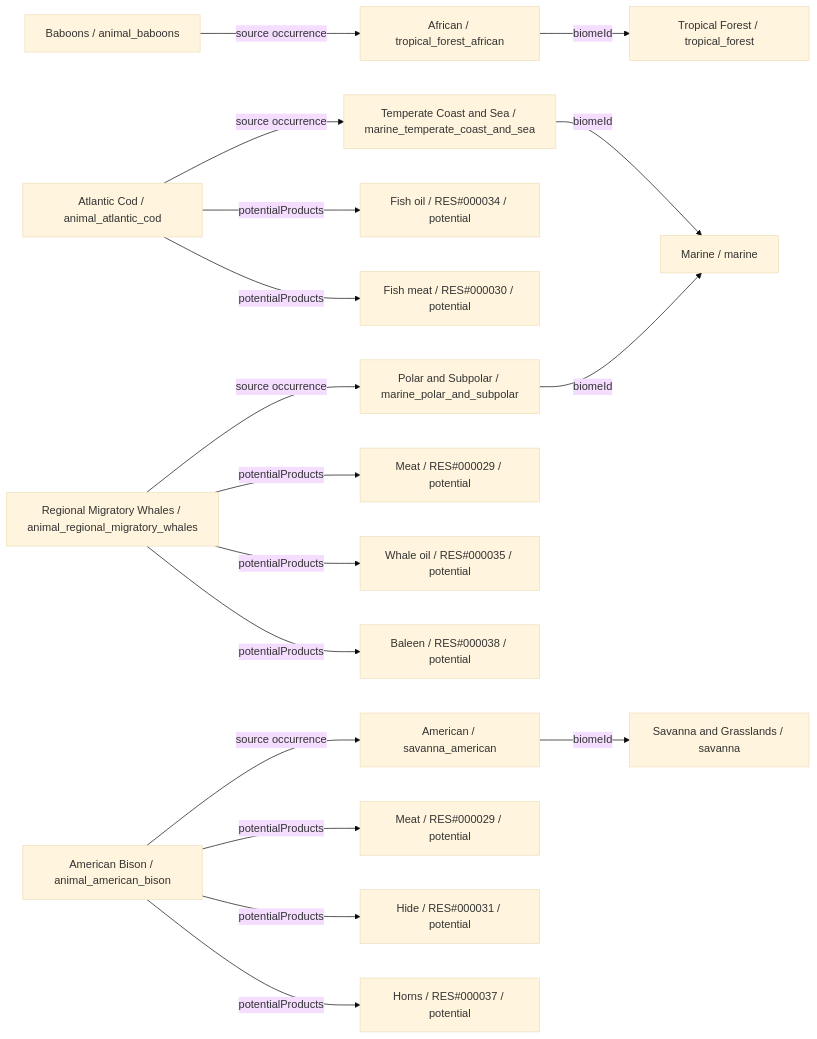
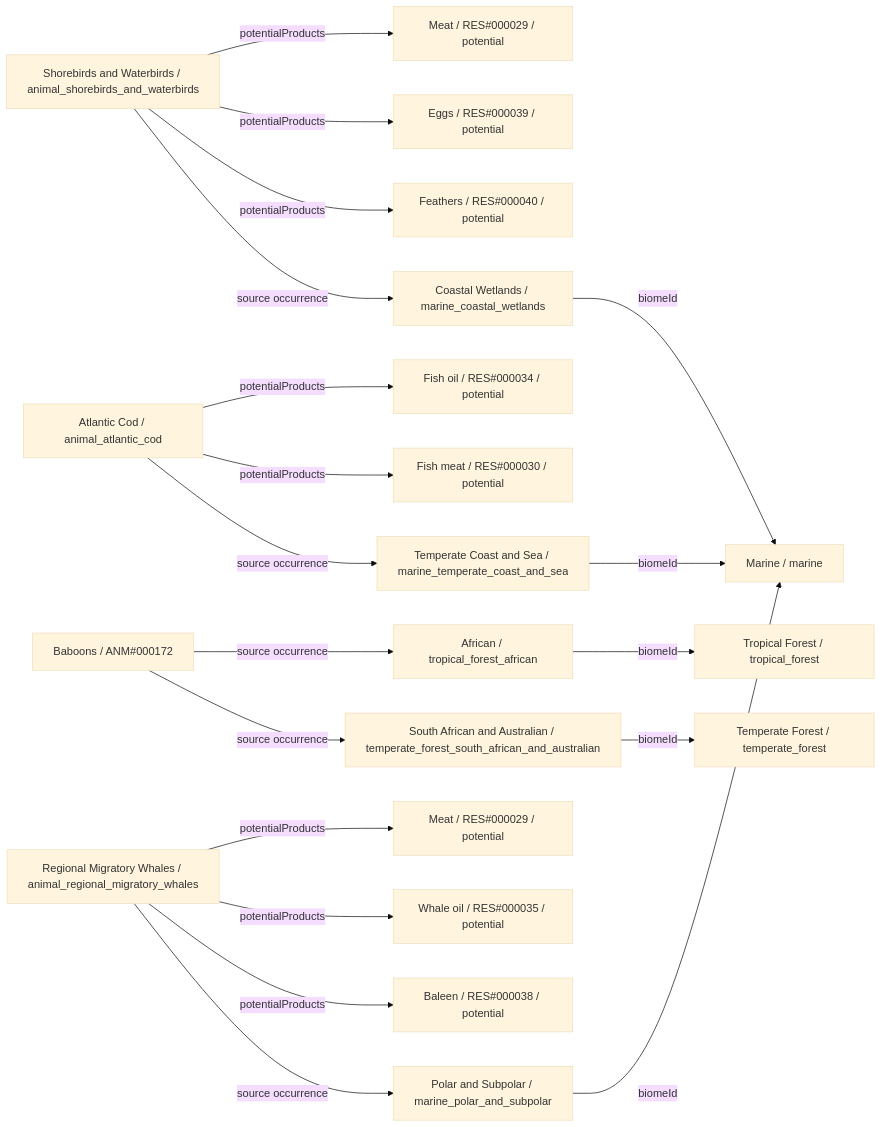
Before and after one commit to fgabo404/EvolveDoc: the second of 26 diagrams in data/animals/DIAGRAMS.md, drawn with Mermaid (base theme). The commit also changed other lines of this file and 59 other files, not shown here.

````diff
--- a/data/animals/DIAGRAMS.md
+++ b/data/animals/DIAGRAMS.md
@@ -235,38 +164,41 @@
 ```mermaid
 flowchart LR
-    c0["Baboons / animal_baboons"]
+    c0["Shorebirds and Waterbirds / animal_shorebirds_and_waterbirds"]
+    v22["Coastal Wetlands / marine_coastal_wetlands"]
+    b5["Marine / marine"]
+    o0_0["Meat / RES#000029 / potential"]
+    o0_1["Eggs / RES#000039 / potential"]
+    o0_2["Feathers / RES#000040 / potential"]
+    c1["Baboons / ANM#000172"]
     v1["African / tropical_forest_african"]
     b0["Tropical Forest / tropical_forest"]
-    c1["Atlantic Cod / animal_atlantic_cod"]
+    v6["South African and Australian / temperate_forest_south_african_and_australian"]
+    b1["Temperate Forest / temperate_forest"]
+    c2["Atlantic Cod / animal_atlantic_cod"]
     v20["Temperate Coast and Sea / marine_temperate_coast_and_sea"]
-    b5["Marine / marine"]
-    o1_0["Fish oil / RES#000034 / potential"]
-    o1_1["Fish meat / RES#000030 / potential"]
-    c2["Regional Migratory Whales / animal_regional_migratory_whales"]
+    o2_0["Fish oil / RES#000034 / potential"]
+    o2_1["Fish meat / RES#000030 / potential"]
+    c3["Regional Migratory Whales / animal_regional_migratory_whales"]
     v21["Polar and Subpolar / marine_polar_and_subpolar"]
-    o2_0["Meat / RES#000029 / potential"]
-    o2_1["Whale oil / RES#000035 / potential"]
-    o2_2["Baleen / RES#000038 / potential"]
-    c3["American Bison / animal_american_bison"]
-    v12["American / savanna_american"]
-    b3["Savanna and Grasslands / savanna"]
     o3_0["Meat / RES#000029 / potential"]
-    o3_1["Hide / RES#000031 / potential"]
-    o3_2["Horns / RES#000037 / potential"]
-    c0 -->|source occurrence| v1
-    c1 -->|potentialProducts| o1_0
-    c1 -->|potentialProducts| o1_1
-    c1 -->|source occurrence| v20
+    o3_1["Whale oil / RES#000035 / potential"]
+    o3_2["Baleen / RES#000038 / potential"]
+    c0 -->|potentialProducts| o0_0
+    c0 -->|potentialProducts| o0_1
+    c0 -->|potentialProducts| o0_2
+    c0 -->|source occurrence| v22
+    c1 -->|source occurrence| v1
+    c1 -->|source occurrence| v6
     c2 -->|potentialProducts| o2_0
     c2 -->|potentialProducts| o2_1
-    c2 -->|potentialProducts| o2_2
-    c2 -->|source occurrence| v21
+    c2 -->|source occurrence| v20
     c3 -->|potentialProducts| o3_0
     c3 -->|potentialProducts| o3_1
     c3 -->|potentialProducts| o3_2
-    c3 -->|source occurrence| v12
+    c3 -->|source occurrence| v21
     v1 -->|biomeId| b0
-    v12 -->|biomeId| b3
     v20 -->|biomeId| b5
     v21 -->|biomeId| b5
+    v22 -->|biomeId| b5
+    v6 -->|biomeId| b1
 ```
````
